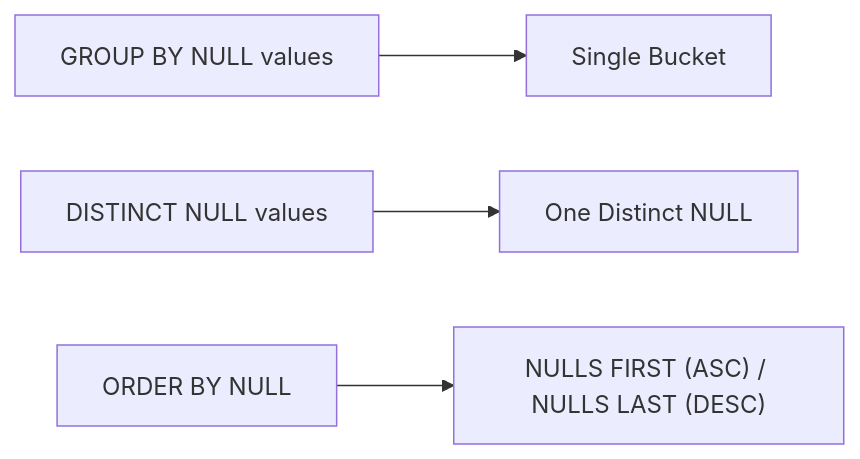
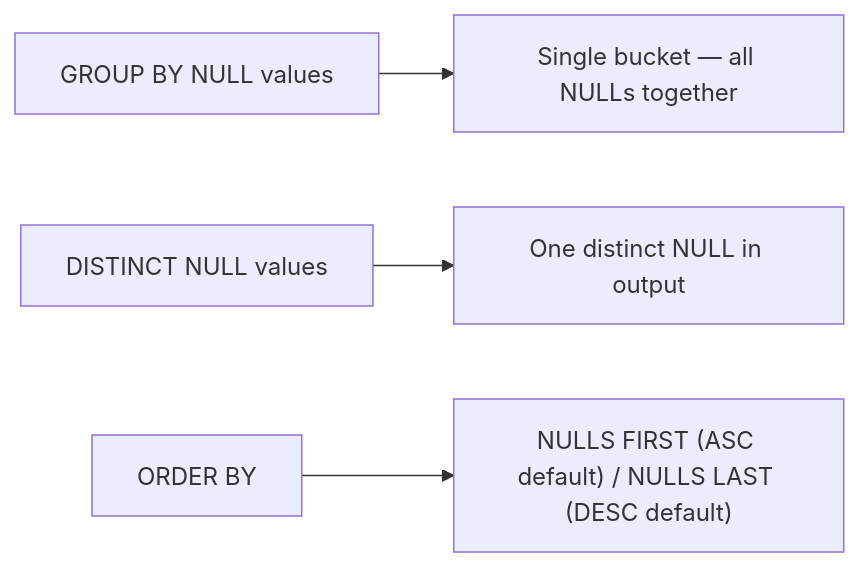
The diagram in spark-sql/docs/nulls/operator.md (mahfooziiitian/spark-batch), drawn with Mermaid before and after one commit. The commit also changed other lines of this file and 223 other files, not shown here.

````diff
--- a/spark-sql/docs/nulls/operator.md
+++ b/spark-sql/docs/nulls/operator.md
@@ -7,6 +9,6 @@
 ```mermaid
 graph LR
-    A["GROUP BY NULL values"] --> B["Single Bucket"]
-    C["DISTINCT NULL values"] --> D["One Distinct NULL"]
-    E["ORDER BY NULL"] --> F["NULLS FIRST (ASC) / NULLS LAST (DESC)"]
+    A["GROUP BY NULL values"] --> B["Single bucket — all NULLs together"]
+    C["DISTINCT NULL values"] --> D["One distinct NULL in output"]
+    E["ORDER BY"] --> F["NULLS FIRST (ASC default) / NULLS LAST (DESC default)"]
 ```
````
